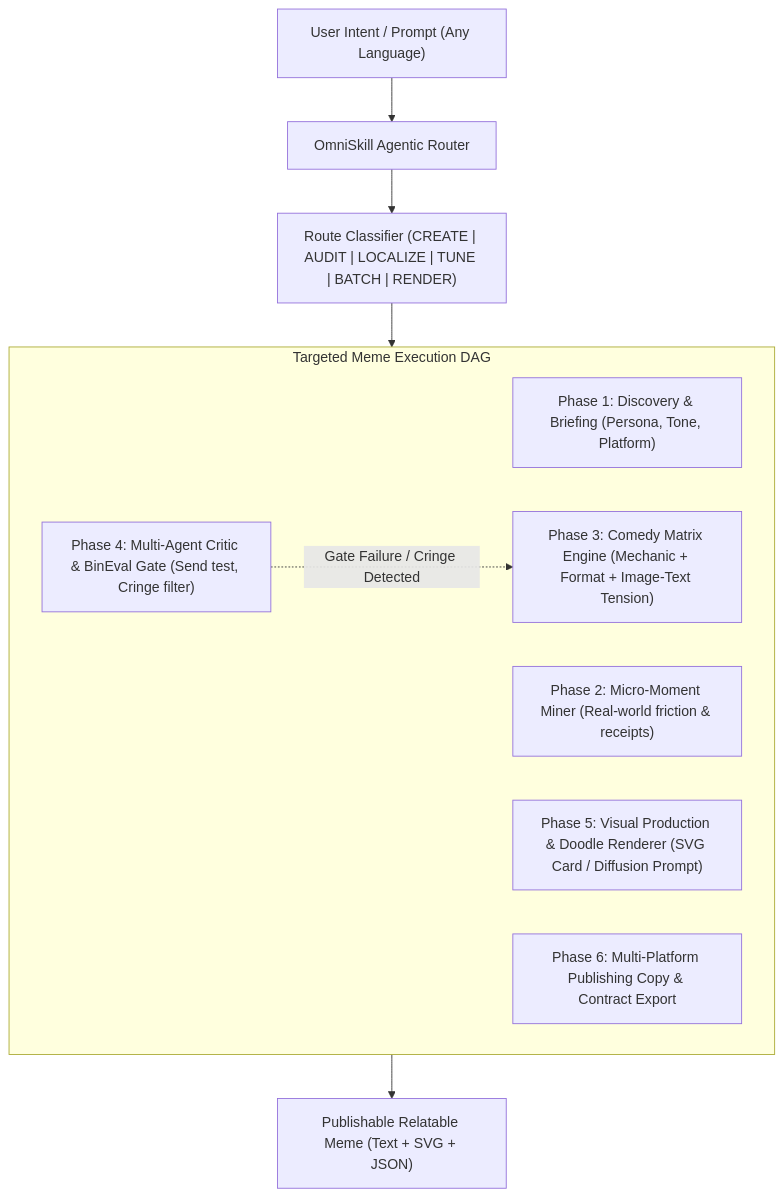
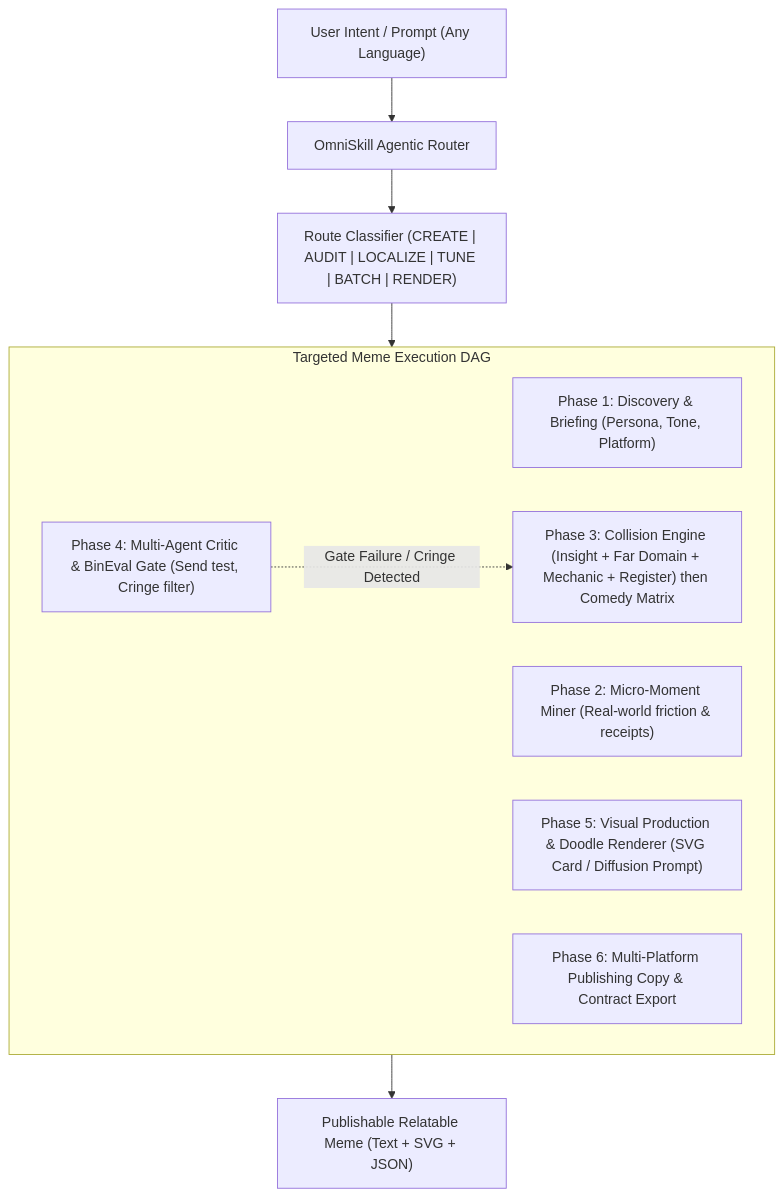
One commit to imMamdouhaboammar/meme-marketing changed the diagram in SKILL.md. Above: the diagram before and after it, drawn with Mermaid. The commit also changed other lines of this file and 33 other files, not shown here.

````diff
--- a/SKILL.md
+++ b/SKILL.md
@@ -22,18 +22,18 @@
 ```mermaid
 flowchart TD
     A["User Intent / Prompt (Any Language)"] --> B["OmniSkill Agentic Router"]
     B --> C["Route Classifier (CREATE | AUDIT | LOCALIZE | TUNE | BATCH | RENDER)"]
     
     subgraph ExecutionDAG ["Targeted Meme Execution DAG"]
         D["Phase 1: Discovery & Briefing (Persona, Tone, Platform)"]
         E["Phase 2: Micro-Moment Miner (Real-world friction & receipts)"]
-        F["Phase 3: Comedy Matrix Engine (Mechanic + Format + Image-Text Tension)"]
+        F["Phase 3: Collision Engine (Insight + Far Domain + Mechanic + Register) then Comedy Matrix"]
         G["Phase 4: Multi-Agent Critic & BinEval Gate (Send test, Cringe filter)"]
         H["Phase 5: Visual Production & Doodle Renderer (SVG Card / Diffusion Prompt)"]
         I["Phase 6: Multi-Platform Publishing Copy & Contract Export"]
     end
     
     C --> ExecutionDAG
     G -.->|"Gate Failure / Cringe Detected"| F
     ExecutionDAG --> J["Publishable Relatable Meme (Text + SVG + JSON)"]
 ```
````
